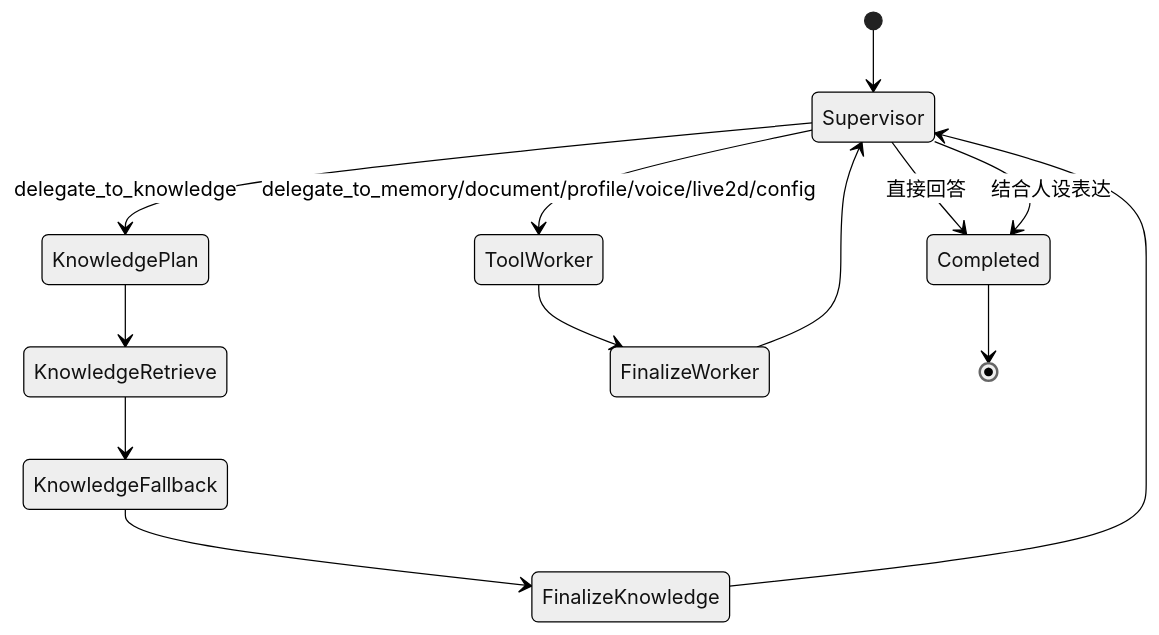
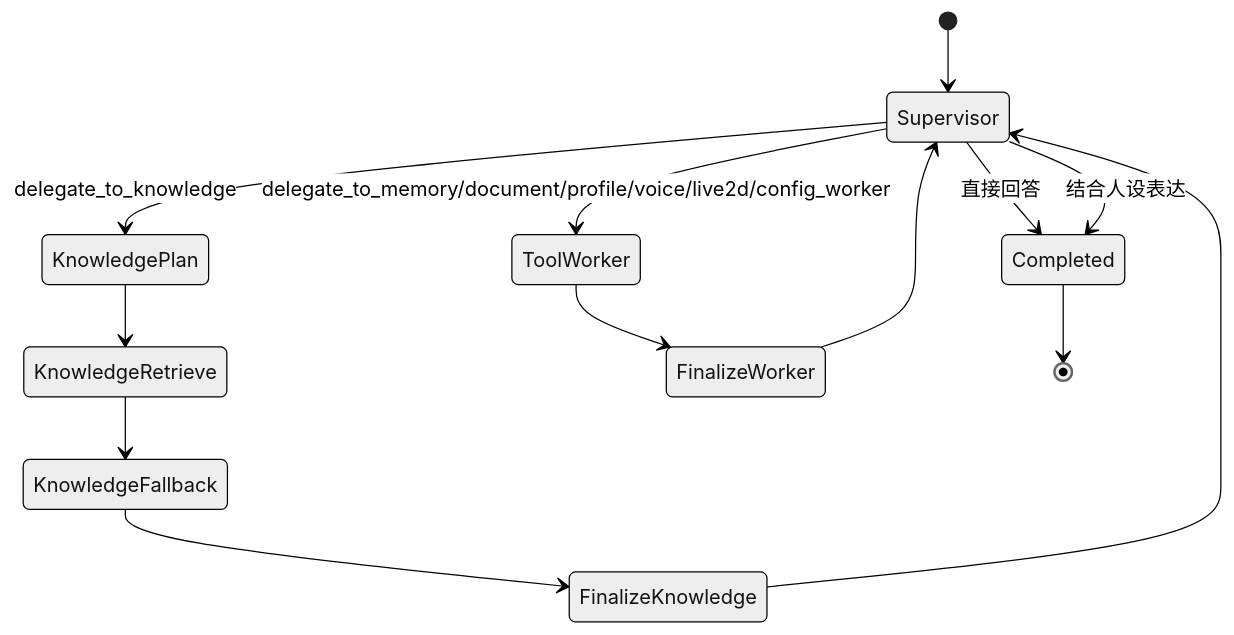
Before and after one commit to TKGEKKOU/yumeno: the second of 3 diagrams in ARCHITECTURE.md, drawn with Mermaid (neutral theme). The commit also changed other lines of this file and 16 other files, not shown here.

Commit message:
refactor: route resource configuration to peer config worker

````diff
--- a/ARCHITECTURE.md
+++ b/ARCHITECTURE.md
@@ -63,15 +63,15 @@
 ```mermaid
 stateDiagram-v2
     [*] --> Supervisor
     Supervisor --> Completed: 直接回答
     Supervisor --> KnowledgePlan: delegate_to_knowledge
-    Supervisor --> ToolWorker: delegate_to_memory/document/profile/voice/live2d/config
+    Supervisor --> ToolWorker: delegate_to_memory/document/profile/voice/live2d/config_worker
     KnowledgePlan --> KnowledgeRetrieve
     KnowledgeRetrieve --> KnowledgeFallback
     KnowledgeFallback --> FinalizeKnowledge
     ToolWorker --> FinalizeWorker
     FinalizeKnowledge --> Supervisor
     FinalizeWorker --> Supervisor
     Supervisor --> Completed: 结合人设表达
     Completed --> [*]
 ```
````
